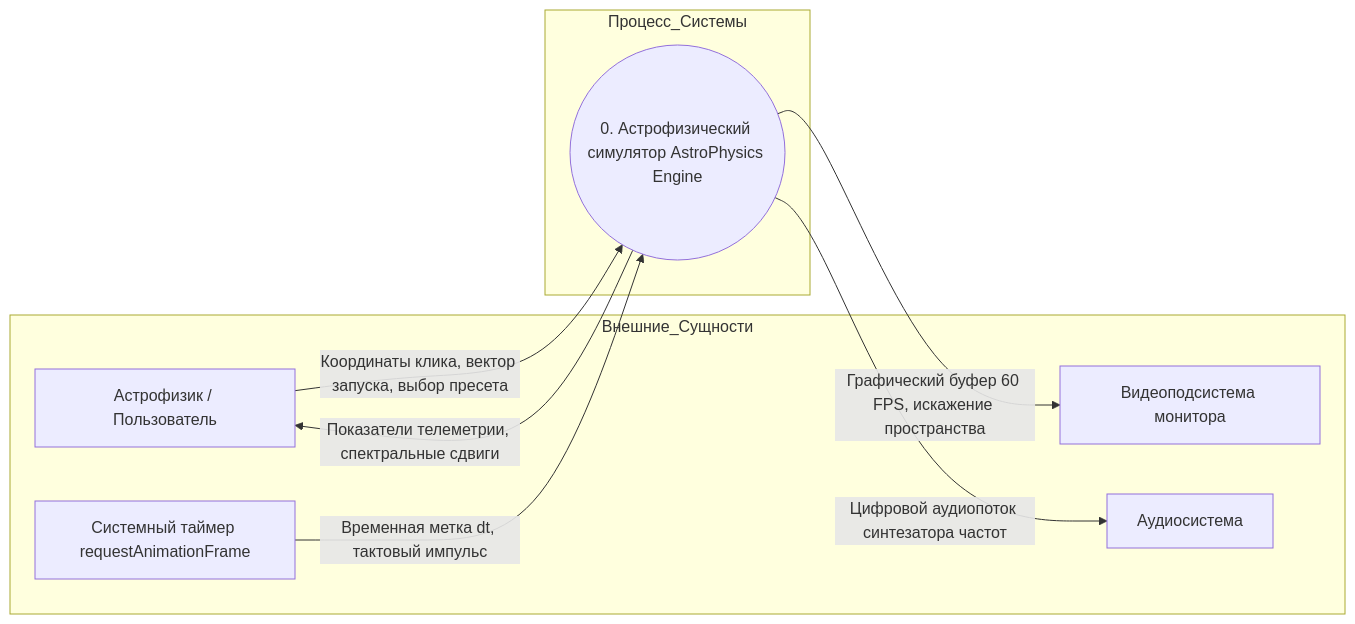
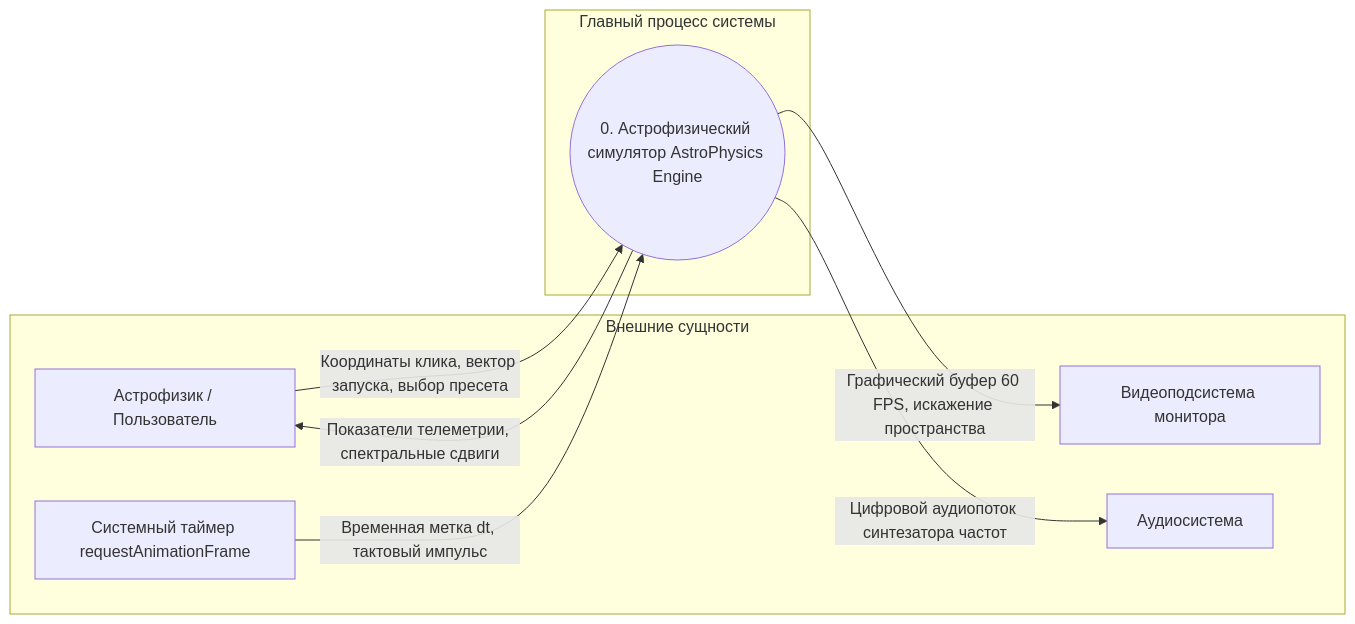
The tenth of 11 diagrams in diagrams-overview.md (bobPingvin/stellargenesis), drawn with Mermaid before and after one commit. The commit also changed other lines of this file, not shown here.

````diff
--- a/diagrams-overview.md
+++ b/diagrams-overview.md
@@ -437,19 +452,19 @@
 ```mermaid
 graph LR
-    subgraph Внешние_Сущности
-        User[Астрофизик / Пользователь]
-        Timer[Системный таймер requestAnimationFrame]
-        Display[Видеоподсистема монитора]
-        Speakers[Аудиосистема]
+    subgraph ExternalEntities["Внешние сущности"]
+        User["Астрофизик / Пользователь"]
+        Timer["Системный таймер requestAnimationFrame"]
+        Display["Видеоподсистема монитора"]
+        Speakers["Аудиосистема"]
     end
 
-    subgraph Процесс_Системы
-        P0((0. Астрофизический симулятор AstroPhysics Engine))
+    subgraph CoreProcess["Главный процесс системы"]
+        P0(("0. Астрофизический симулятор AstroPhysics Engine"))
     end
 
-    User -- "Координаты клика, вектор запуска, выбор пресета" --> P0
-    Timer -- "Временная метка dt, тактовый импульс" --> P0
-    P0 -- "Графический буфер 60 FPS, искажение пространства" --> Display
-    P0 -- "Цифровой аудиопоток синтезатора частот" --> Speakers
-    P0 -- "Показатели телеметрии, спектральные сдвиги" --> User
+    User -->|"Координаты клика, вектор запуска, выбор пресета"| P0
+    Timer -->|"Временная метка dt, тактовый импульс"| P0
+    P0 -->|"Графический буфер 60 FPS, искажение пространства"| Display
+    P0 -->|"Цифровой аудиопоток синтезатора частот"| Speakers
+    P0 -->|"Показатели телеметрии, спектральные сдвиги"| User
 ```
````
